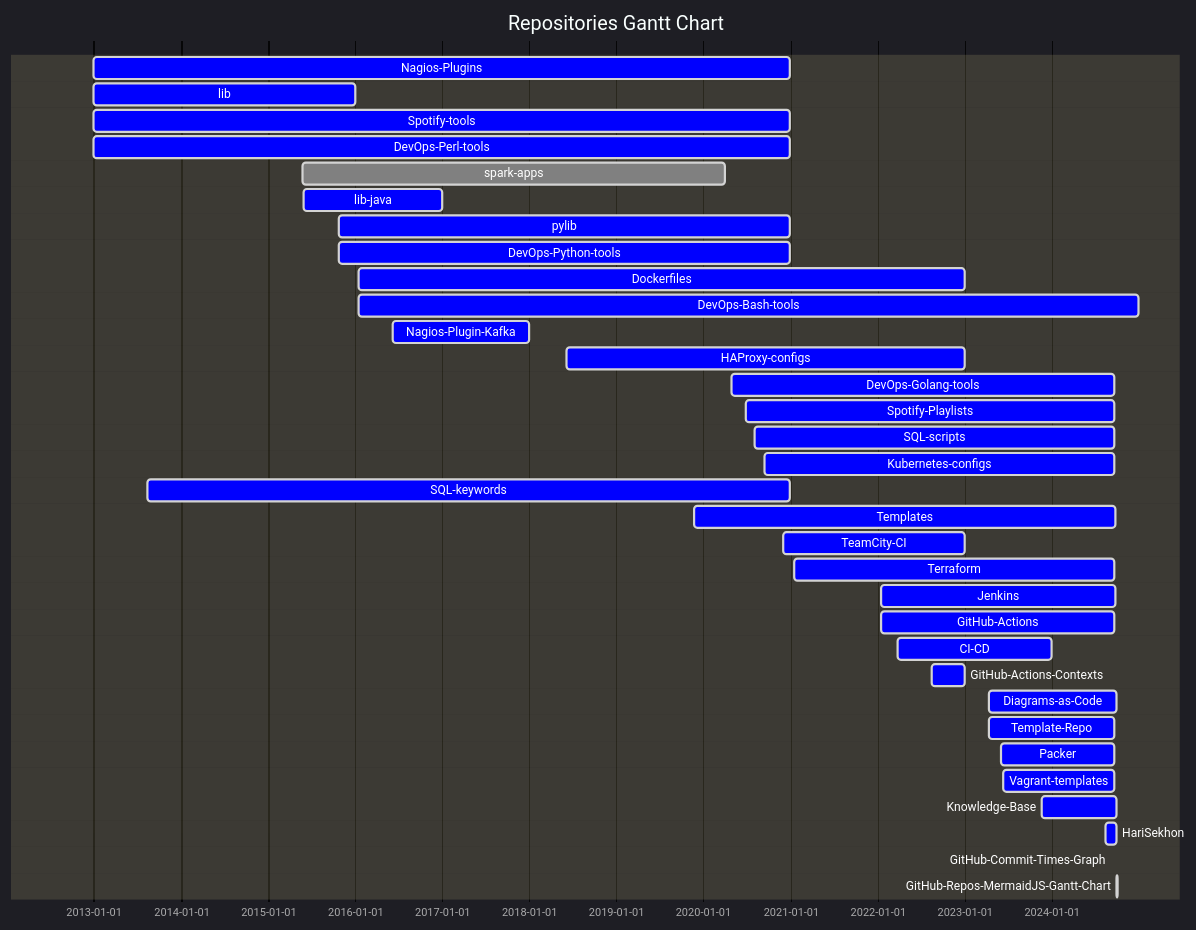
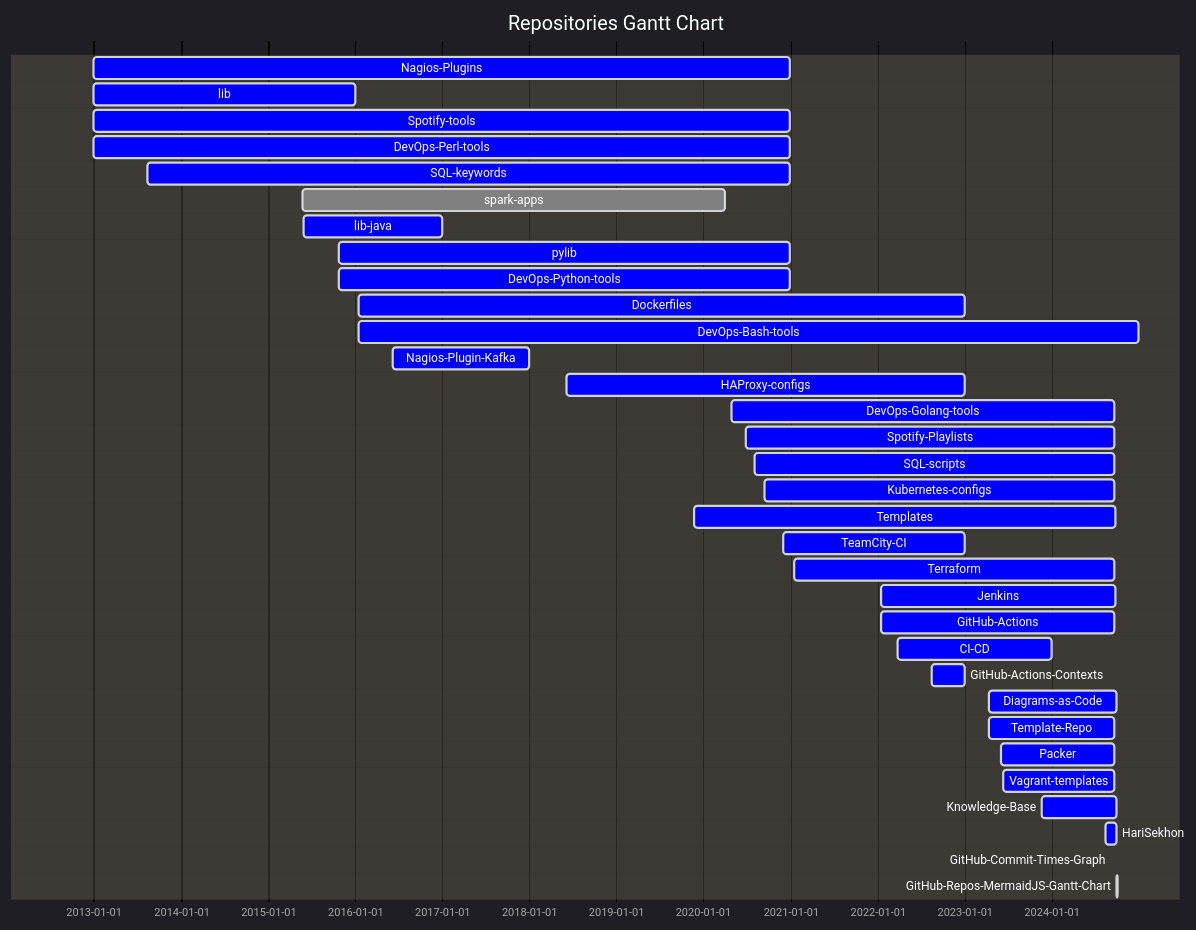
The fifth of 5 diagrams in README.md (HariSekhon/Diagrams-as-Code), drawn with Mermaid before and after one commit. The commit also changed other lines of this file, not shown here.

````diff
--- a/README.md
+++ b/README.md
@@ -869,55 +869,55 @@
 ```mermaid
 %%{ init: {
         "logLevel": "debug",
         'theme': 'dark',
         'themeVariables': {
           'activeTaskBkgColor': '#0000ff',
           'activeTaskBorderColor': 'lightgrey',
           'critBorderColor': 'lightgrey',
           'doneTaskBkgColor': 'grey',
           'doneTaskBorderColor': 'lightgrey',
           'taskBkgColor': 'black',
           'taskBorderColor': 'black',
           'taskTextColor': 'white',
           'taskTextDarkColor': 'white',
           'taskTextLightColor': 'black',
           'todayLineColor': 'red'
         }
     }
 }%%
 gantt
     dateFormat  YYYY-MM-DD
     title Repositories Gantt Chart
     Nagios-Plugins : active, 2012-12-30, 2020-12-31
     lib : active, 2012-12-30, 2015-12-31
     Spotify-tools : active, 2012-12-30, 2020-12-31
     DevOps-Perl-tools : active, 2012-12-30, 2020-12-31
+    SQL-keywords : active, 2013-08-13, 2020-12-31
     spark-apps : done, 2015-05-25, 2020-04-02
     lib-java : active, 2015-05-31, 2016-12-31
     pylib : active, 2015-10-27, 2020-12-31
     DevOps-Python-tools : active, 2015-10-27, 2020-12-31
     Dockerfiles : active, 2016-01-17, 2022-12-31
     DevOps-Bash-tools : active, 2016-01-17, 2024-12-31
     Nagios-Plugin-Kafka : active, 2016-06-07, 2017-12-31
     HAProxy-configs : active, 2018-06-08, 2022-12-31
     DevOps-Golang-tools : active, 2020-04-30, 2024-09-22
     Spotify-Playlists : active, 2020-06-29, 2024-09-22
     SQL-scripts : active, 2020-08-05, 2024-09-21
     Kubernetes-configs : active, 2020-09-16, 2024-09-21
-    SQL-keywords : active, 2013-08-13, 2020-12-31
     Templates : active, 2019-11-25, 2024-09-25
     TeamCity-CI : active, 2020-12-03, 2022-12-31
     Terraform : active, 2021-01-18, 2024-09-21
     Jenkins : active, 2022-01-17, 2024-09-23
     GitHub-Actions : active, 2022-01-17, 2024-09-22
     CI-CD : active, 2022-03-25, 2023-12-31
     GitHub-Actions-Contexts : active, 2022-08-17, 2022-12-31
     Diagrams-as-Code : active, 2023-04-14, 2024-10-02
     Template-Repo : active, 2023-04-15, 2024-09-22
     Packer : active, 2023-06-02, 2024-09-21
     Vagrant-templates : active, 2023-06-12, 2024-09-21
     Knowledge-Base : active, 2023-11-22, 2024-09-29
     HariSekhon : active, 2024-08-14, 2024-10-02
     GitHub-Commit-Times-Graph : active, 2024-09-07, 2024-09-08
     GitHub-Repos-MermaidJS-Gantt-Chart : active, 2024-10-02, 2024-10-03
 ```
````
